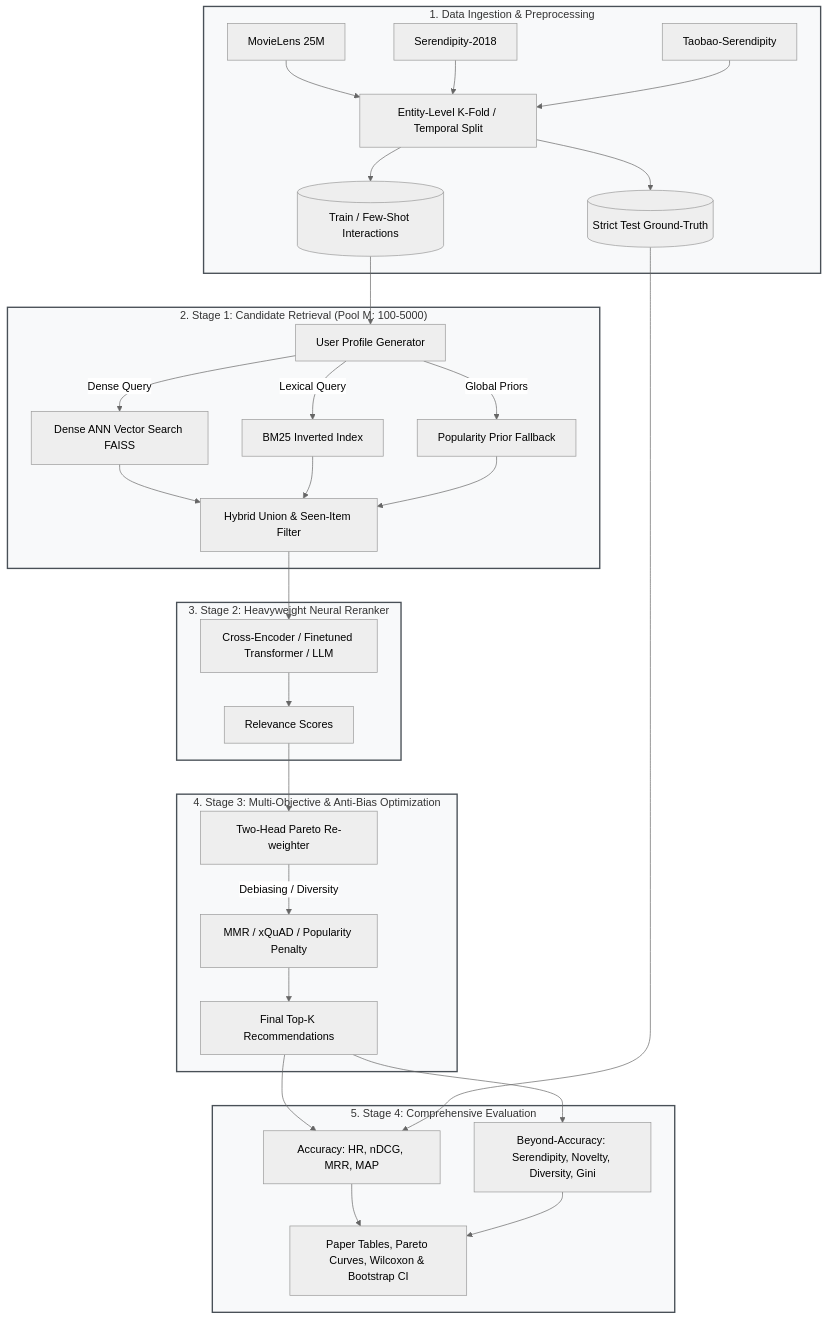
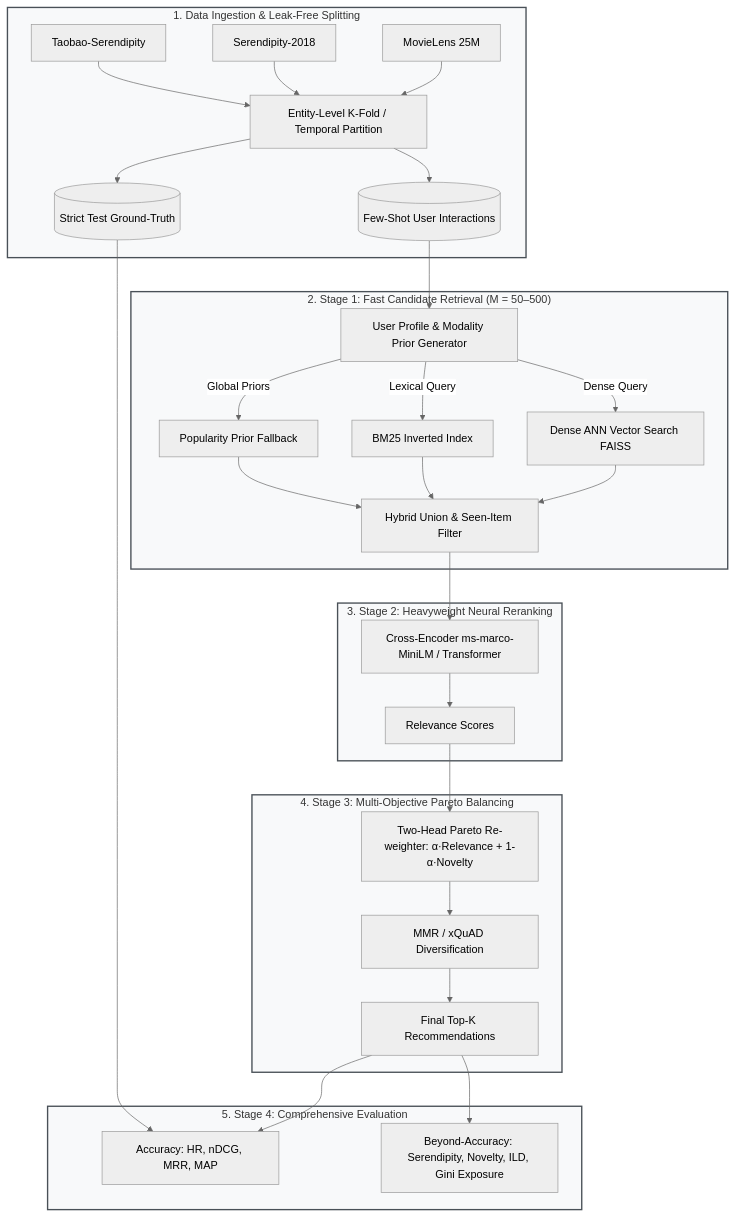
Before and after one commit to srinivasjangiti/frost: the diagram in README.md, drawn with Mermaid (neutral theme). The commit also changed other lines of this file and 1 other file, not shown here.

````diff
--- a/README.md
+++ b/README.md
@@ -75,38 +52,37 @@
 ```mermaid
 flowchart TD
-    subgraph Data["1. Data Ingestion & Preprocessing"]
-        D1[MovieLens 25M] --> Split[Entity-Level K-Fold / Temporal Split]
+    subgraph Data["1. Data Ingestion & Leak-Free Splitting"]
+        D1[MovieLens 25M] --> Split[Entity-Level K-Fold / Temporal Partition]
         D2[Serendipity-2018] --> Split
         D3[Taobao-Serendipity] --> Split
-        Split --> CleanTrain[(Train / Few-Shot Interactions)]
+        Split --> CleanTrain[(Few-Shot User Interactions)]
         Split --> TestGT[(Strict Test Ground-Truth)]
     end
 
-    subgraph Retrieval["2. Stage 1: Candidate Retrieval (Pool M: 100-5000)"]
-        CleanTrain --> Profile[User Profile Generator]
+    subgraph Retrieval["2. Stage 1: Fast Candidate Retrieval (M = 50–500)"]
+        CleanTrain --> Profile[User Profile & Modality Prior Generator]
         Profile --> |Dense Query| FAISS[Dense ANN Vector Search FAISS]
         Profile --> |Lexical Query| BM25[BM25 Inverted Index]
         Profile --> |Global Priors| Pop[Popularity Prior Fallback]
         FAISS & BM25 & Pop --> HybridUnion[Hybrid Union & Seen-Item Filter]
     end
 
-    subgraph Rerank["3. Stage 2: Heavyweight Neural Reranker"]
-        HybridUnion --> RerankModel[Cross-Encoder / Finetuned Transformer / LLM]
+    subgraph Rerank["3. Stage 2: Heavyweight Neural Reranking"]
+        HybridUnion --> RerankModel[Cross-Encoder ms-marco-MiniLM / Transformer]
         RerankModel --> RawScores[Relevance Scores]
     end
 
-    subgraph MultiObj["4. Stage 3: Multi-Objective & Anti-Bias Optimization"]
-        RawScores --> Pareto[Two-Head Pareto Re-weighter]
-        Pareto --> |Debiasing / Diversity| Div[MMR / xQuAD / Popularity Penalty]
+    subgraph MultiObj["4. Stage 3: Multi-Objective Pareto Balancing"]
+        RawScores --> Pareto[Two-Head Pareto Re-weighter: α·Relevance + 1-α·Novelty]
+        Pareto --> Div[MMR / xQuAD Diversification]
         Div --> TopK[Final Top-K Recommendations]
     end
 
     subgraph Evaluation["5. Stage 4: Comprehensive Evaluation"]
         TopK & TestGT --> AccEval[Accuracy: HR, nDCG, MRR, MAP]
-        TopK --> BeyondAcc[Beyond-Accuracy: Serendipity, Novelty, Diversity, Gini]
-        AccEval & BeyondAcc --> Outputs[Paper Tables, Pareto Curves, Wilcoxon & Bootstrap CI]
+        TopK --> BeyondAcc[Beyond-Accuracy: Serendipity, Novelty, ILD, Gini Exposure]
     end
 
     classDef stage fill:#f8f9fa,stroke:#495057,stroke-width:2px;
     class Data,Retrieval,Rerank,MultiObj,Evaluation stage;
 ```
````
